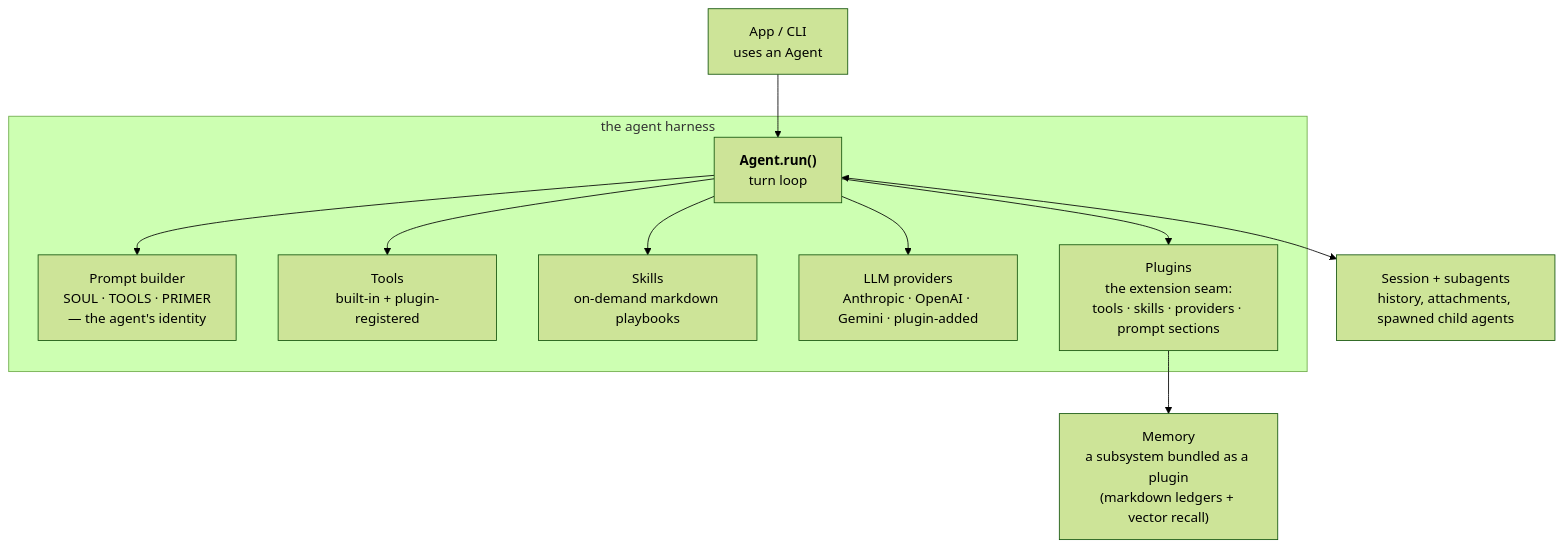
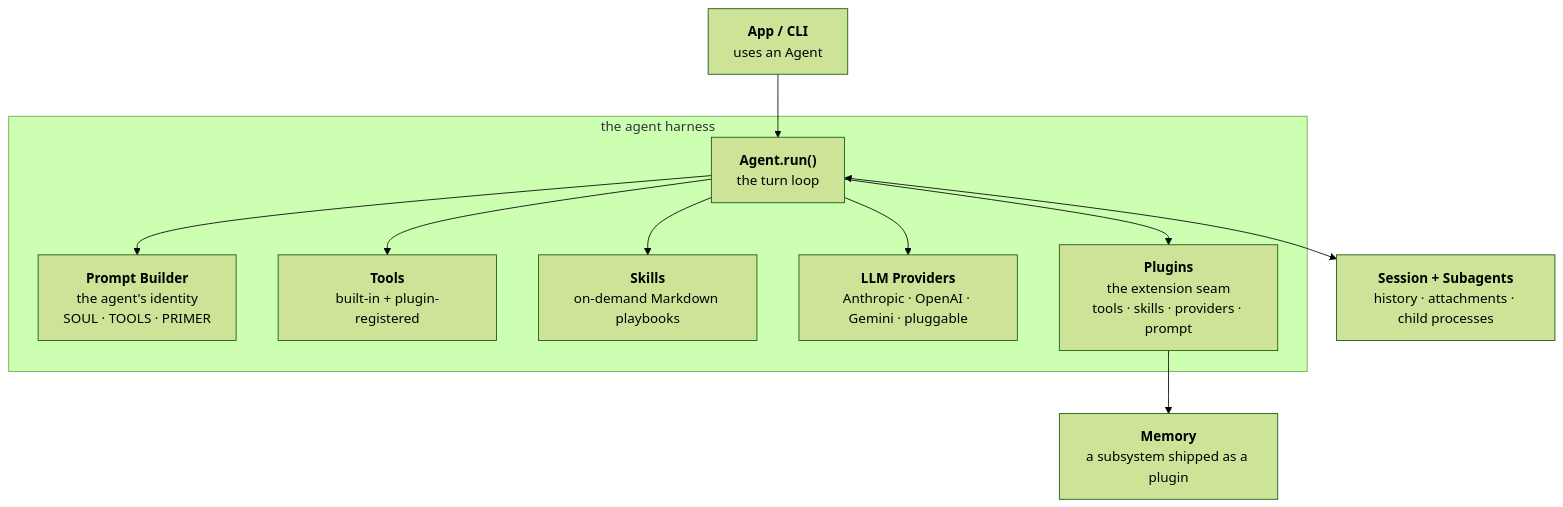
Before and after one commit to derekwisong/pyagent: the first of 3 diagrams in docs/architecture.md, drawn with Mermaid (forest theme).

Commit message:
docs: tighten and normalize architecture box labels
Every box now has a bold Title-Case name plus a lowercase gloss;
separators normalized to middots; drop the Memory parenthetical.

````diff
--- a/docs/architecture.md
+++ b/docs/architecture.md
@@ -7,26 +7,26 @@
 ```mermaid
 flowchart TB
-    APP["App / CLI<br/>uses an Agent"]
+    APP["<b>App / CLI</b><br/>uses an Agent"]
 
     subgraph HARNESS["the agent harness"]
-        AGENT["<b>Agent.run()</b><br/>turn loop"]
-        PROMPT["Prompt builder<br/>SOUL · TOOLS · PRIMER<br/>— the agent's identity"]
-        TOOLS["Tools<br/>built-in + plugin-registered"]
-        SKILLS["Skills<br/>on-demand markdown playbooks"]
-        LLM["LLM providers<br/>Anthropic · OpenAI · Gemini · plugin-added"]
-        PLUGINS["Plugins<br/>the extension seam:<br/>tools · skills · providers · prompt sections"]
+        AGENT["<b>Agent.run()</b><br/>the turn loop"]
+        PROMPT["<b>Prompt Builder</b><br/>the agent's identity<br/>SOUL · TOOLS · PRIMER"]
+        TOOLS["<b>Tools</b><br/>built-in + plugin-registered"]
+        SKILLS["<b>Skills</b><br/>on-demand Markdown playbooks"]
+        LLM["<b>LLM Providers</b><br/>Anthropic · OpenAI · Gemini · pluggable"]
+        PLUGINS["<b>Plugins</b><br/>the extension seam<br/>tools · skills · providers · prompt"]
 
         AGENT --> PROMPT
         AGENT --> TOOLS
         AGENT --> SKILLS
         AGENT --> LLM
         AGENT --> PLUGINS
     end
 
-    MEMORY["Memory<br/>a subsystem bundled as a plugin<br/>(markdown ledgers + vector recall)"]
-    RUNTIME["Session + subagents<br/>history, attachments, spawned child agents"]
+    MEMORY["<b>Memory</b><br/>a subsystem shipped as a plugin"]
+    RUNTIME["<b>Session + Subagents</b><br/>history · attachments · child processes"]
 
     APP --> AGENT
     PLUGINS --> MEMORY
     AGENT <--> RUNTIME
 ```
````
